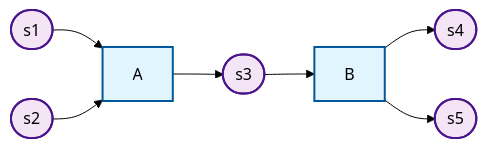
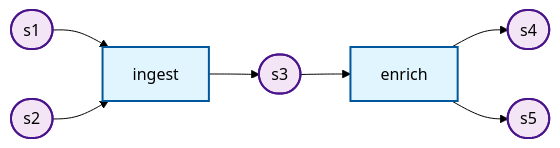
The diagram in docs/index.md (mattlianje/etl4s), drawn with Mermaid (forest theme) before and after one commit. The commit also changed other lines of this file and 49 other files, not shown here.

````diff
--- a/docs/index.md
+++ b/docs/index.md
@@ -1147,24 +1145,24 @@
     ```mermaid
     graph LR
         classDef pipeline fill:#e1f5fe,stroke:#01579b,stroke-width:2px,color:#000
         classDef dataSource fill:#f3e5f5,stroke:#4a148c,stroke-width:2px,color:#000
 
-        A["A"]
-        B["B"]
+        ingest["ingest"]
+        enrich["enrich"]
         s1(["s1"])
         s2(["s2"])
         s3(["s3"])
         s4(["s4"])
         s5(["s5"])
 
-        s1 --> A
-        s2 --> A
-        A --> s3
-        s3 --> B
-        B --> s4
-        B --> s5
+        s1 --> ingest
+        s2 --> ingest
+        ingest --> s3
+        s3 --> enrich
+        enrich --> s4
+        enrich --> s5
 
-        class A pipeline
-        class B pipeline
+        class ingest pipeline
+        class enrich pipeline
         class s1,s2,s3,s4,s5 dataSource
     ```
````
